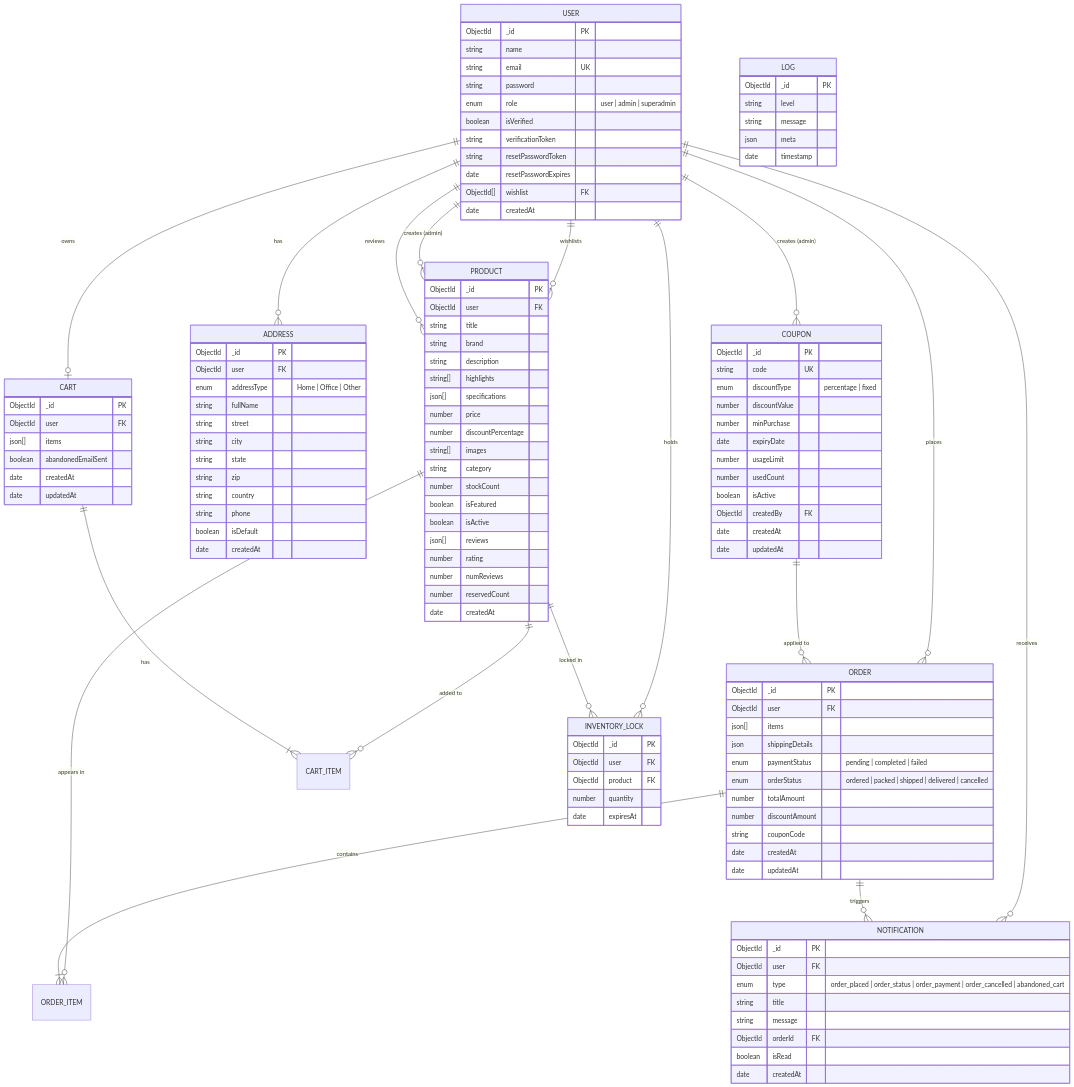
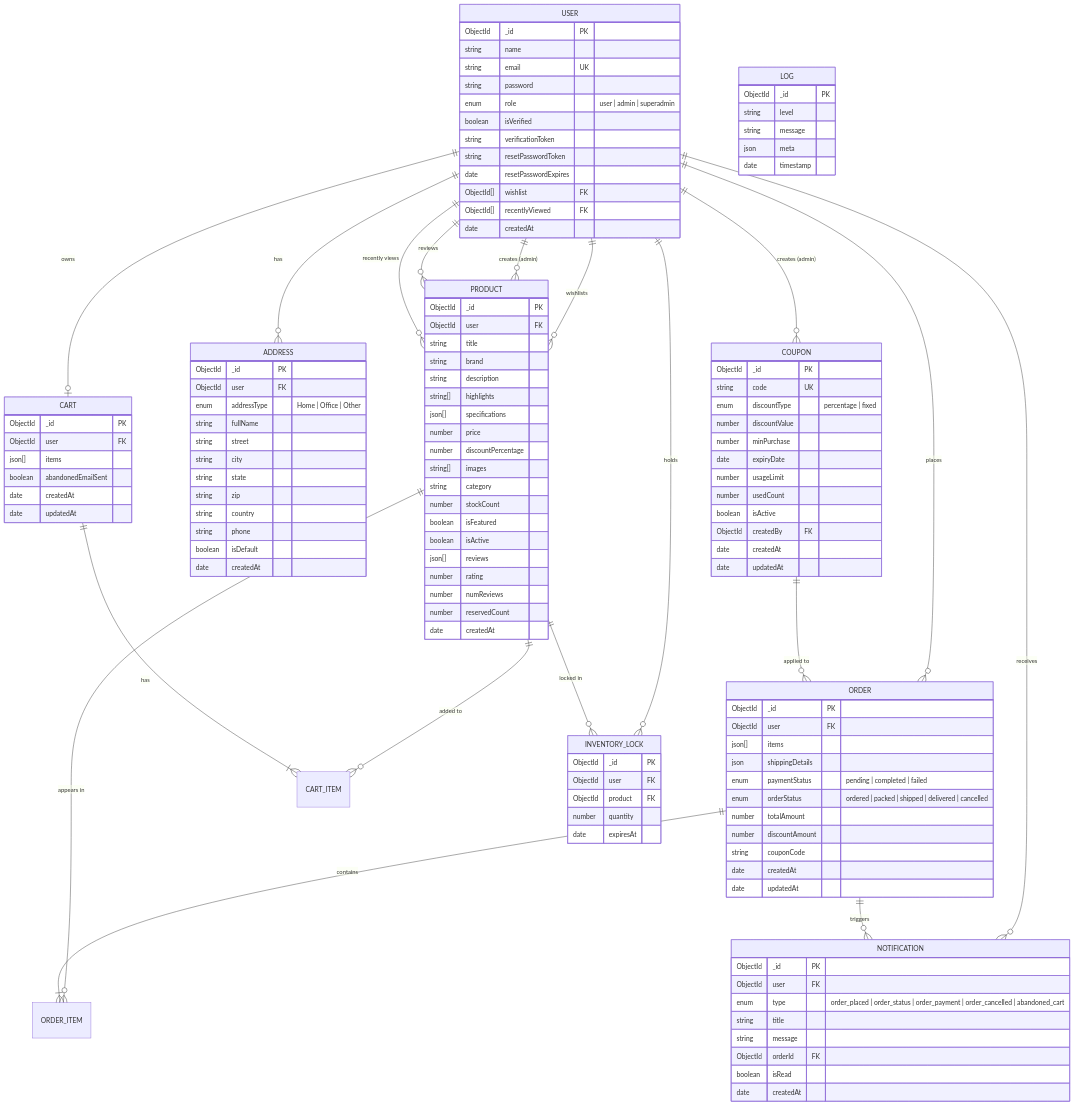
Before and after one commit to Narendrakaduru/QuickCart: the third of 12 diagrams in architecture_diagrams.md, drawn with Mermaid. The commit also changed other lines of this file and 6 other files, not shown here.

```diff
--- a/architecture_diagrams.md
+++ b/architecture_diagrams.md
@@ -172,6 +172,7 @@
     USER ||--o{ PRODUCT : "creates (admin)"
     USER ||--o{ COUPON : "creates (admin)"
     USER ||--o{ PRODUCT : "reviews"
+    USER ||--o{ PRODUCT : "recently views"
     USER ||--o{ NOTIFICATION : "receives"
 
     PRODUCT ||--o{ ORDER_ITEM : "appears in"
@@ -195,6 +196,7 @@
         string resetPasswordToken
         date resetPasswordExpires
         ObjectId[] wishlist FK
+        ObjectId[] recentlyViewed FK
         date createdAt
     }
 
```
